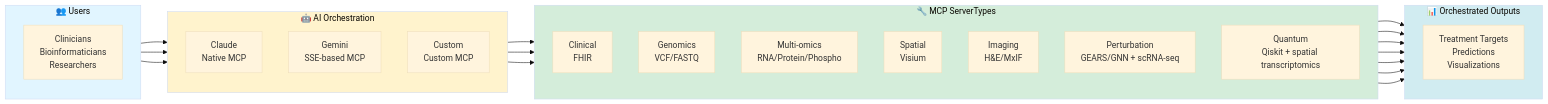
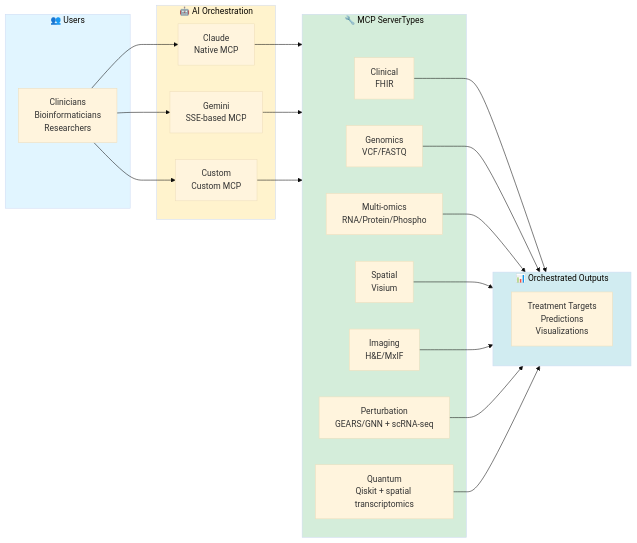
The diagram in README.md (raymond301/precision-medicine-mcp), drawn with Mermaid (base theme) before and after one commit.

Commit message:
Refactor mermaid diagram by removing direction TB
Removed unnecessary direction TB from multiple subgraphs in the diagram.

````diff
--- a/README.md
+++ b/README.md
@@ -38,49 +38,45 @@
 ```mermaid
 graph LR
     subgraph Users["👥 Users"]
-        direction TB
         U[Clinicians<br/>Bioinformaticians<br/>Researchers]
     end
 
     subgraph AI["🤖 AI Orchestration"]
-        direction TB
         CLAUDE[Claude<br/>Native MCP]
         GEMINI[Gemini<br/>SSE-based MCP]
         CUSTOM[Custom<br/>Custom MCP]
     end
 
     subgraph ServerTypes["🔧 MCP ServerTypes"]
-        direction TB
         S1[Clinical<br/>FHIR]
         S2[Genomics<br/>VCF/FASTQ]
         S3[Multi-omics<br/>RNA/Protein/Phospho]
         S4[Spatial<br/>Visium]
         S5[Imaging<br/> H&E/MxIF]
         S6[Perturbation<br/>GEARS/GNN + scRNA-seq]
         S7[Quantum<br/>Qiskit + spatial transcriptomics]
     end
 
     subgraph Output["📊 Orchestrated Outputs"]
-        direction TB
         O[Treatment Targets<br/>Predictions<br/>Visualizations]
     end
 
     U --> CLAUDE
     U --> GEMINI
     U --> CUSTOM
     CLAUDE --> ServerTypes
     GEMINI --> ServerTypes
     CUSTOM --> ServerTypes
     S1 --> Output
     S2 --> Output
     S3 --> Output
     S4 --> Output
     S5 --> Output
     S6 --> Output
     S7 --> Output
 
     style Users fill:#e1f5ff
     style AI fill:#fff3cd
     style ServerTypes fill:#d4edda
     style Output fill:#d1ecf1
 ```
````
